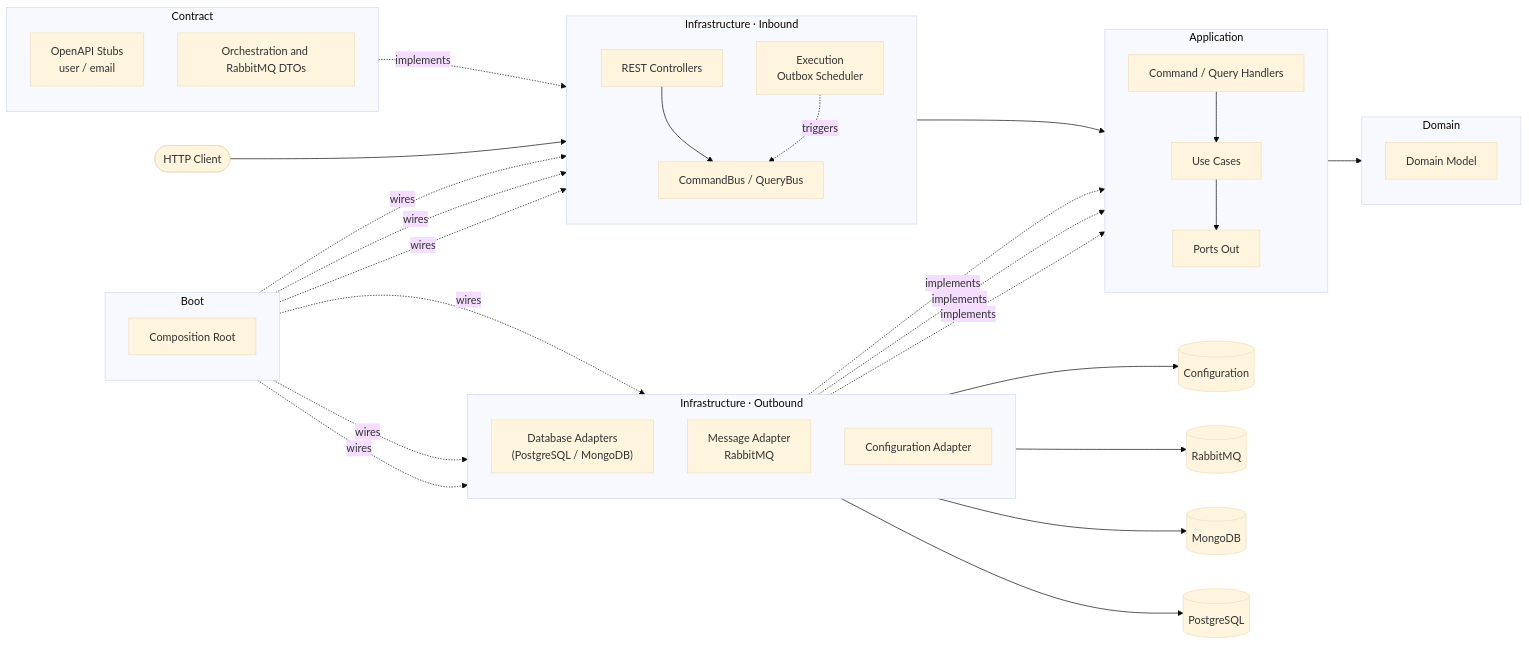
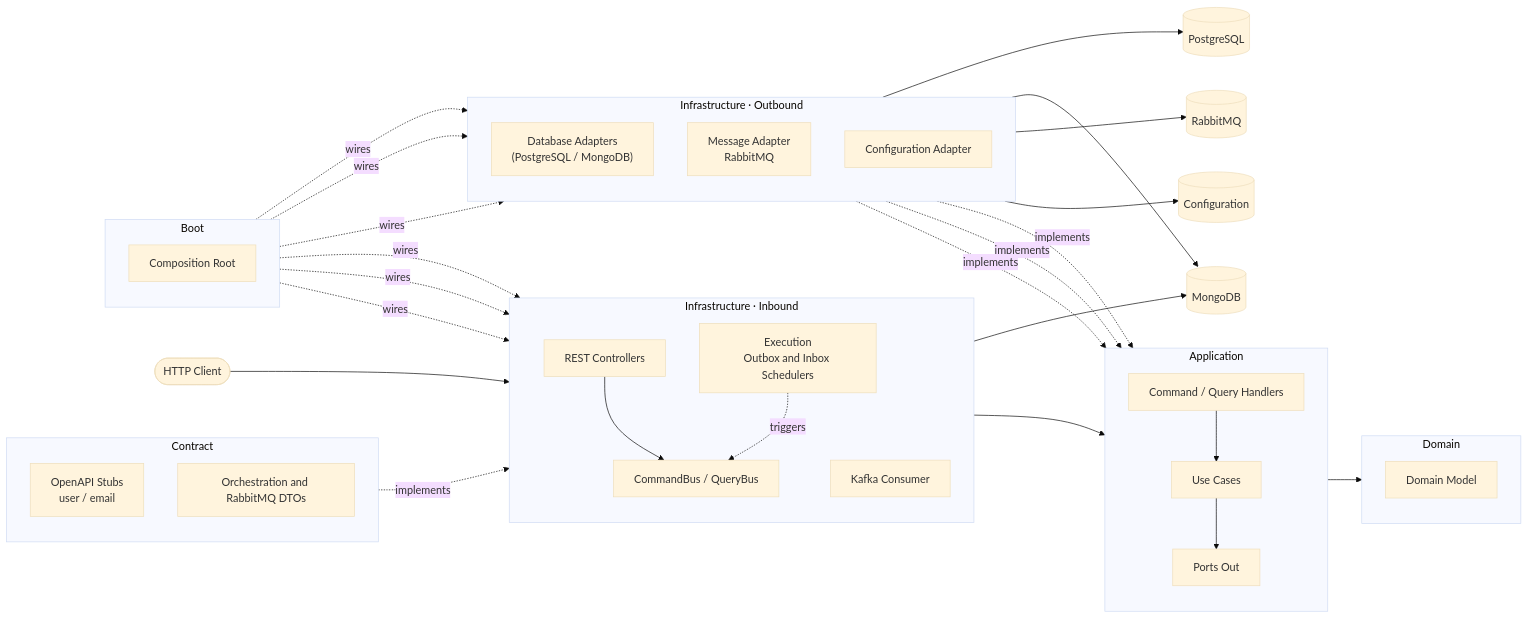
Before and after one commit to dmosquerad/Hexagonal-BE: the diagram in README.md, drawn with Mermaid (base theme). The commit also changed other lines of this file and 493 other files, not shown here.

````diff
--- a/README.md
+++ b/README.md
@@ -79,69 +78,71 @@
 ```mermaid
 flowchart LR
     Client([HTTP Client])
     POSTGRES[(PostgreSQL)]
     MONGO[(MongoDB)]
     RABBIT[(RabbitMQ)]
     Config[(Configuration)]
 
     subgraph CONTRACT["Contract"]
         direction TB
         OAS[OpenAPI Stubs\nuser / email]
         DTO[Orchestration and RabbitMQ DTOs]
     end
 
     subgraph INBOUND["Infrastructure · Inbound"]
         direction TB
         REST[REST Controllers]
         BUS[CommandBus / QueryBus]
-        EXEC[Execution\nOutbox Scheduler]
+        EXEC[Execution\nOutbox and Inbox Schedulers]
+        KAFKA[Kafka Consumer]
     end
 
     subgraph APP["Application"]
         direction TB
         HANDLERS[Command / Query Handlers]
         UC[Use Cases]
         POUT[Ports Out]
     end
 
     subgraph DOMAIN["Domain"]
         direction TB
         MODEL[Domain Model]
     end
 
     subgraph OUTBOUND["Infrastructure · Outbound"]
         direction TB
         DB["Database Adapters\n(PostgreSQL / MongoDB)"]
         MSG[Message Adapter\nRabbitMQ]
         CFG[Configuration Adapter]
     end
 
     subgraph BOOT["Boot"]
         direction TB
         COMP[Composition Root]
     end
 
     OAS -.implements.-> REST
     Client --> REST
+    KAFKA --> MONGO
     REST --> BUS
     BUS --> HANDLERS
     HANDLERS --> UC
     UC --> MODEL
     UC --> POUT
     DB -.implements.-> POUT
     MSG -.implements.-> POUT
     CFG -.implements.-> POUT
     
     DB --> POSTGRES
     DB --> MONGO
     MSG --> RABBIT
     EXEC -.triggers.-> BUS
     CFG --> Config
 
     COMP -.wires.-> REST
     COMP -.wires.-> BUS
     COMP -.wires.-> EXEC
     COMP -.wires.-> DB
     COMP -.wires.-> MSG
     COMP -.wires.-> CFG
 ```
````
